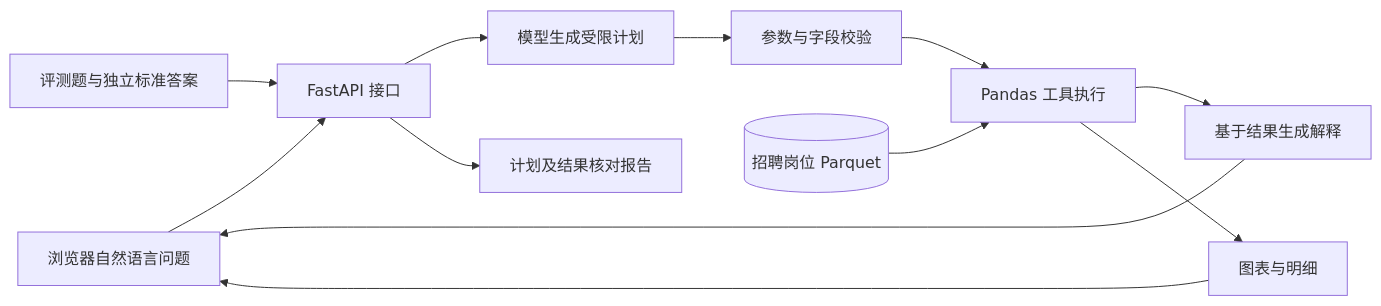
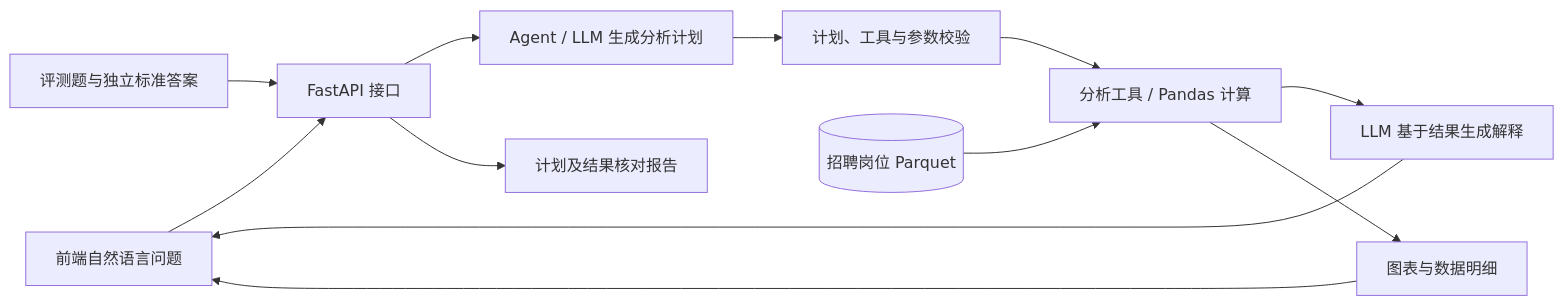
One commit to dasy-boop/DataAgent changed the diagram in README.md. Above: the diagram before and after it, drawn with Mermaid. The commit also changed other lines of this file and 30 other files, not shown here.

````diff
--- a/README.md
+++ b/README.md
@@ -21,14 +38,14 @@
 ```mermaid
 flowchart LR
-    Q[浏览器自然语言问题] --> API[FastAPI 接口]
-    API --> P[模型生成受限计划]
-    P --> V[参数与字段校验]
-    V --> T[Pandas 工具执行]
+    Q[前端自然语言问题] --> API[FastAPI 接口]
+    API --> P[Agent / LLM 生成分析计划]
+    P --> V[计划、工具与参数校验]
+    V --> T[分析工具 / Pandas 计算]
     D[(招聘岗位 Parquet)] --> T
-    T --> A[基于结果生成解释]
-    T --> C[图表与明细]
+    T --> A[LLM 基于结果生成解释]
+    T --> C[图表与数据明细]
     A --> Q
     C --> Q
     E[评测题与独立标准答案] --> API
     API --> R[计划及结果核对报告]
 ```
````
